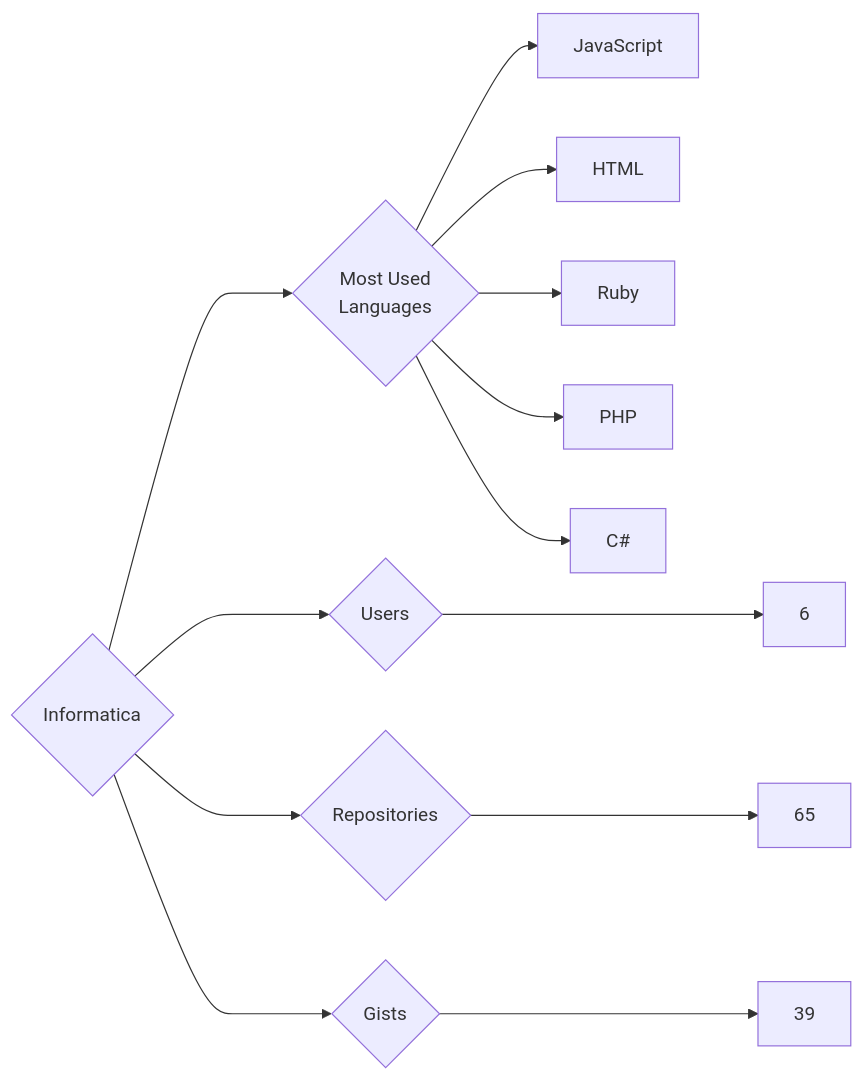
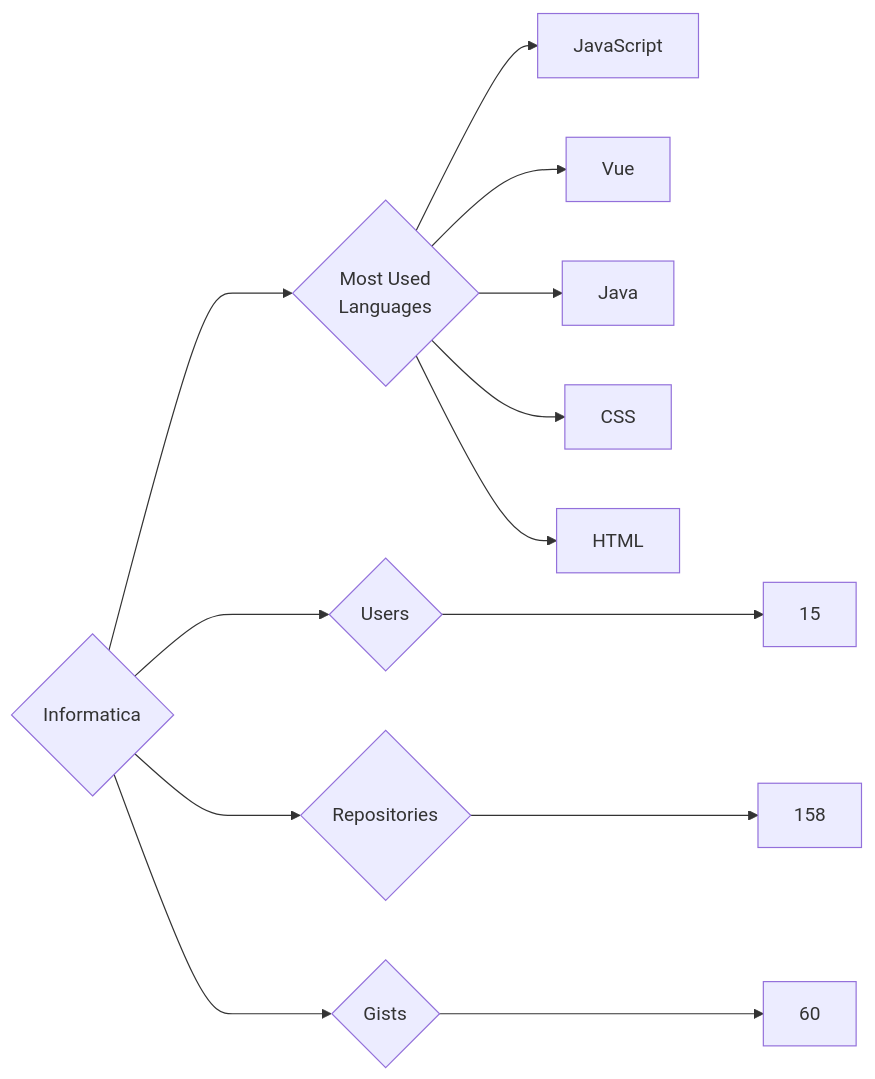
The diagram in targets/Informatica/README.md (trickest/insiders), drawn with Mermaid before and after one commit. The commit also changed 611 other files, not shown here.

````diff
--- a/targets/Informatica/README.md
+++ b/targets/Informatica/README.md
@@ -3,13 +3,13 @@
 ```mermaid
 graph LR
 COMPANY_NAME{Informatica}
-COMPANY_NAME ---> U{Users} ---> UN[6]
-COMPANY_NAME ---> R{Repositories} ---> RN[65]
-COMPANY_NAME ---> G{Gists} ---> GN[39]
+COMPANY_NAME ---> U{Users} ---> UN[15]
+COMPANY_NAME ---> R{Repositories} ---> RN[158]
+COMPANY_NAME ---> G{Gists} ---> GN[60]
 COMPANY_NAME ---> ML{Most Used<br>Languages}
 ML --> JavaScript[JavaScript]
+ML --> Vue[Vue]
+ML --> Java[Java]
+ML --> CSS[CSS]
 ML --> HTML[HTML]
-ML --> Ruby[Ruby]
-ML --> PHP[PHP]
-ML --> C#[C#]
 ```
````
